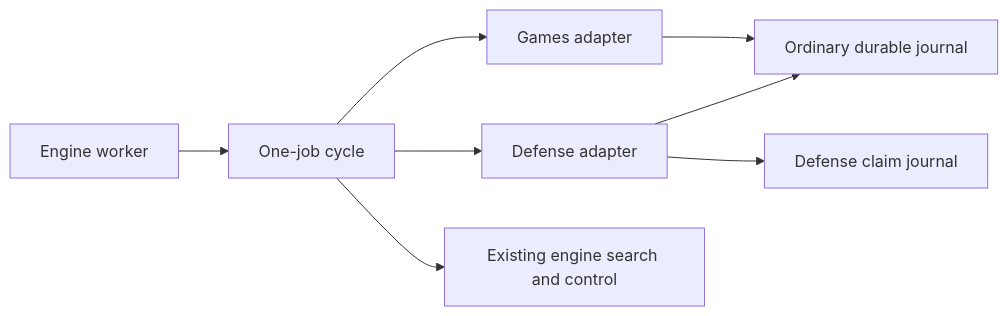
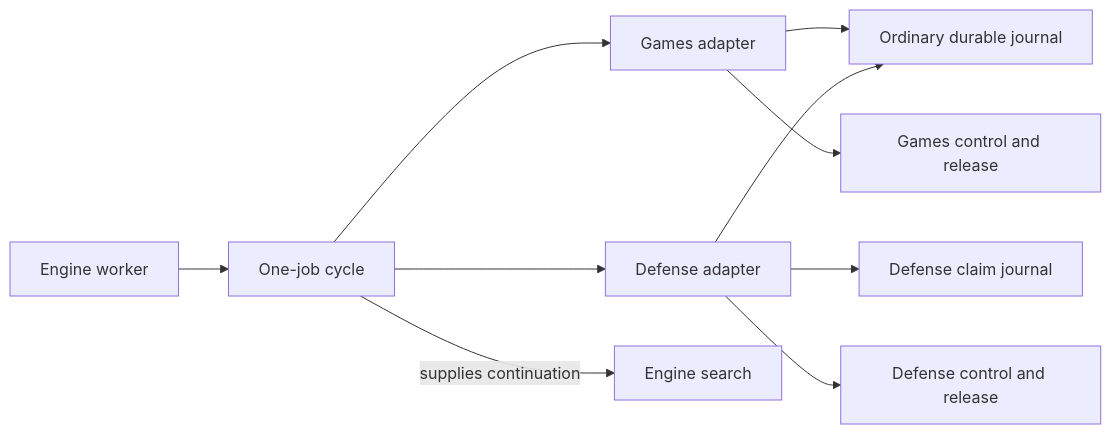
The fourth of 4 diagrams in scripts/README.md (aaweaver-actuary/tempo), drawn with Mermaid before and after one commit. The commit also changed other lines of this file and 8 other files, not shown here.

Commit message:
Supply semantic engine continuation from job families

````diff
--- a/scripts/README.md
+++ b/scripts/README.md
@@ -618,10 +619,12 @@
 ```mermaid
 flowchart LR
   W[Engine worker] --> C[One-job cycle]
   C --> G[Games adapter]
   C --> D[Defense adapter]
   G --> J[Ordinary durable journal]
   D --> J
   D --> K[Defense claim journal]
-  C --> S[Existing engine search and control]
+  C -->|supplies continuation| S[Engine search]
+  G --> P[Games control and release]
+  D --> T[Defense control and release]
 ```
````
